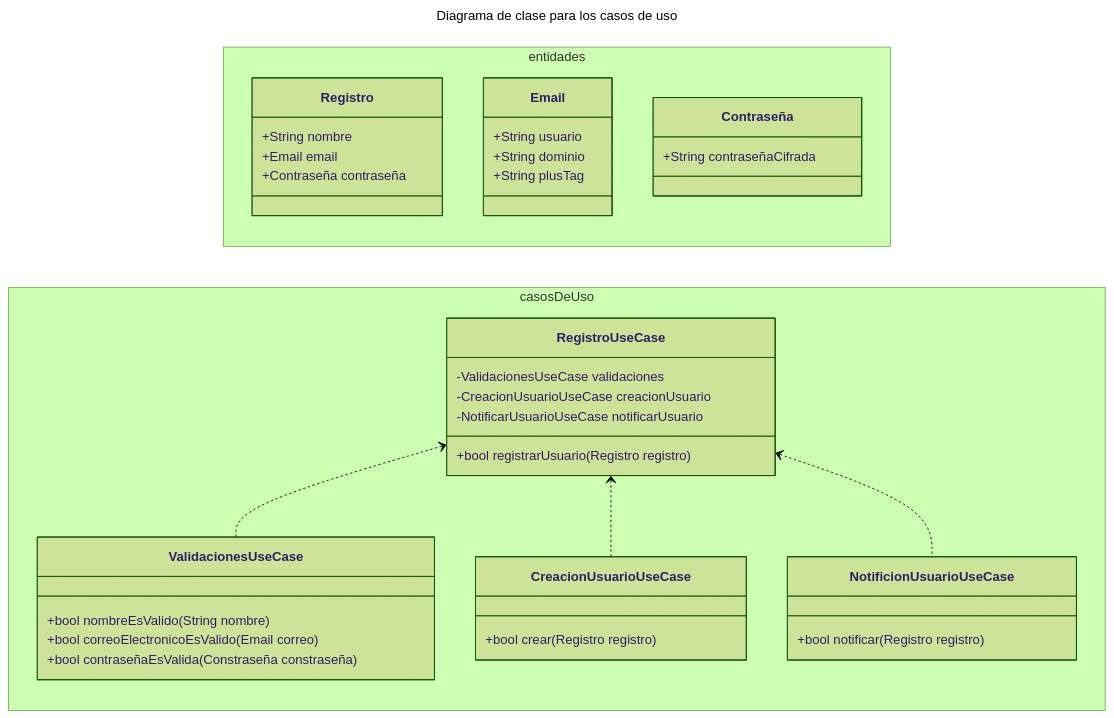
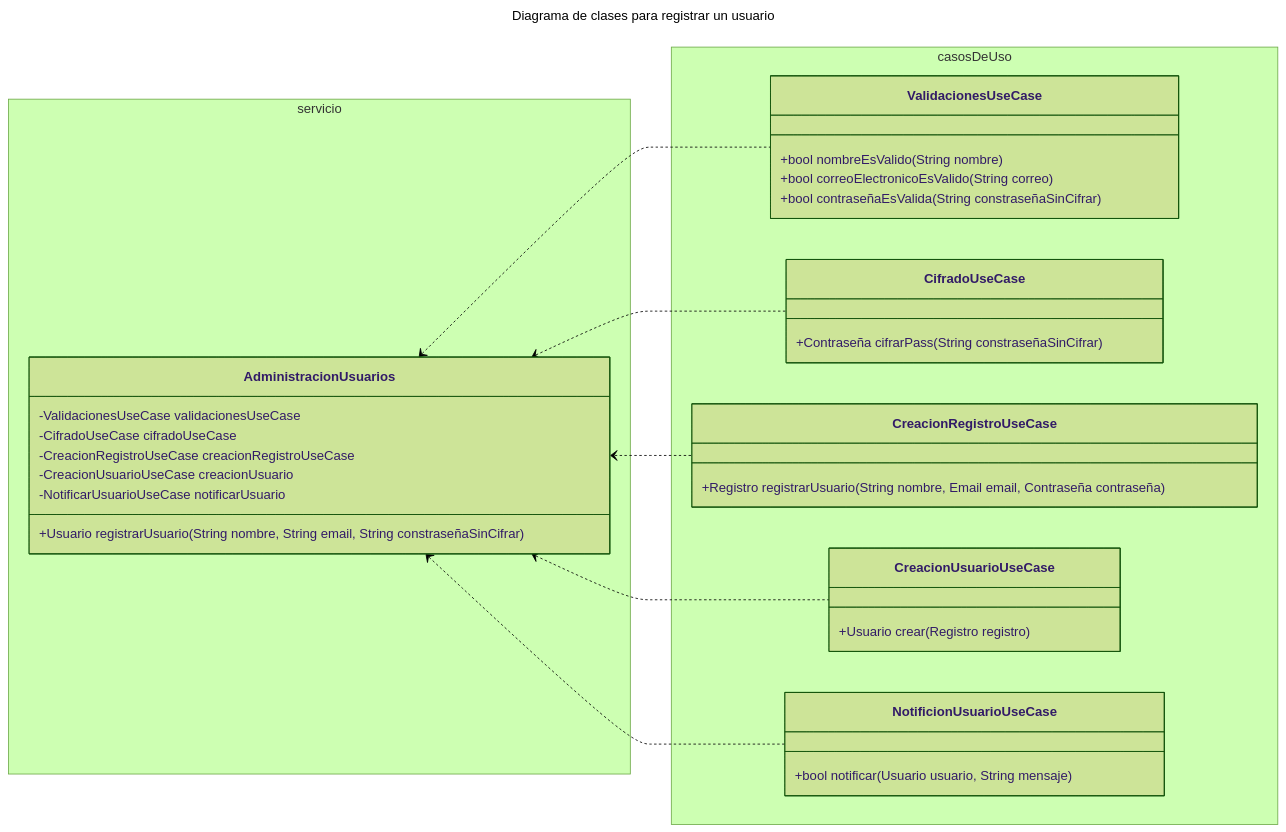
One commit to urrestarazu-alejandro/memo-backend changed the second of 3 diagrams in pages/draft/post-draft.md. Above: the diagram before and after it, drawn with Mermaid (forest theme). The commit also changed other lines of this file, not shown here.

First line of the commit message:
draft: casos de uso modifico diagrama de clases

````diff
--- a/pages/draft/post-draft.md
+++ b/pages/draft/post-draft.md
@@ -77,52 +137,49 @@
 ```mermaid
 ---
-title: Diagrama de clase para los casos de uso
+title: Diagrama de clases para registrar un usuario
 ---
 classDiagram
-direction LR
-namespace entidades {
-    class Registro {
-        +String nombre
-        +Email email
-        +Contraseña contraseña
-    }
+    direction LR
 
-    class Email {
-        +String usuario
-        +String dominio
-        +String plusTag
-    }
+AdministracionUsuarios <.. ValidacionesUseCase
+AdministracionUsuarios <.. CifradoUseCase
+AdministracionUsuarios <.. CreacionRegistroUseCase
+AdministracionUsuarios <.. CreacionUsuarioUseCase
+AdministracionUsuarios <.. NotificionUsuarioUseCase 
 
-    class Contraseña {
-        +String contraseñaCifrada
+namespace servicio {
+    class AdministracionUsuarios {
+        -ValidacionesUseCase validacionesUseCase
+        -CifradoUseCase cifradoUseCase
+        -CreacionRegistroUseCase creacionRegistroUseCase
+        -CreacionUsuarioUseCase creacionUsuario
+        -NotificarUsuarioUseCase notificarUsuario
+
+        +Usuario registrarUsuario(String nombre, String email, String constraseñaSinCifrar)
     }
 }
 
-    RegistroUseCase <.. ValidacionesUseCase
-    RegistroUseCase <.. CreacionUsuarioUseCase
-    RegistroUseCase <.. NotificionUsuarioUseCase 
-
 namespace casosDeUso {
-    class RegistroUseCase {
-        -ValidacionesUseCase validaciones
-        -CreacionUsuarioUseCase creacionUsuario
-        -NotificarUsuarioUseCase notificarUsuario
-        +bool registrarUsuario(Registro registro)
+    class ValidacionesUseCase {
+        +bool nombreEsValido(String nombre)
+        +bool correoElectronicoEsValido(String correo)
+        +bool contraseñaEsValida(String constraseñaSinCifrar)
     }
 
-    class ValidacionesUseCase {
-        +bool nombreEsValido(String nombre)
-        +bool correoElectronicoEsValido(Email correo)
-        +bool contraseñaEsValida(Constraseña constraseña)
+    class CifradoUseCase{
+        +Contraseña cifrarPass(String constraseñaSinCifrar)
+    }
+
+    class CreacionRegistroUseCase {
+        +Registro registrarUsuario(String nombre, Email email, Contraseña contraseña)
     }
 
     class CreacionUsuarioUseCase {
-        +bool crear(Registro registro)
+        +Usuario crear(Registro registro)
     }
 
     class NotificionUsuarioUseCase {
-        +bool notificar(Registro registro)
+        +bool notificar(Usuario usuario, String mensaje)
     }
 }
-
 ```
````
